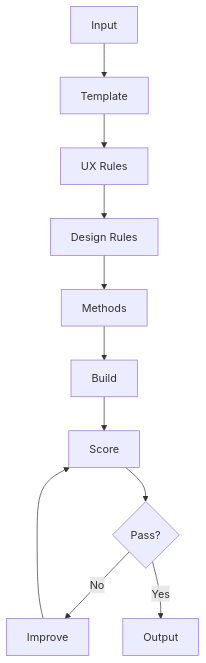
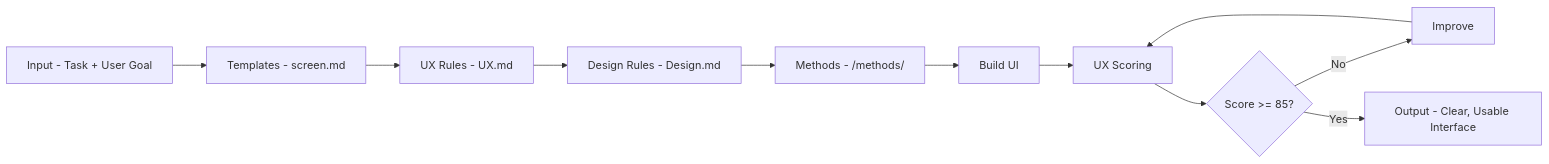
The diagram in README.md (layr-hq/layr), drawn with Mermaid before and after one commit.

````diff
--- a/README.md
+++ b/README.md
@@ -64,14 +66,13 @@
 ```mermaid
-flowchart TD
-    A[Input] --> B[Template]
-    B --> C[UX Rules]
-    C --> D[Design Rules]
-    D --> E[Methods]
-    E --> F[Build]
-    F --> G[Score]
-
-    G --> H{Pass?}
+flowchart LR
+    A[Input - Task + User Goal] --> B[Templates - screen.md]
+    B --> C[UX Rules - UX.md]
+    C --> D[Design Rules - Design.md]
+    D --> E[Methods - /methods/]
+    E --> F[Build UI]
+    F --> G[UX Scoring]
+    G --> H{Score >= 85?}
     H -- No --> I[Improve]
     I --> G
-    H -- Yes --> J[Output]
+    H -- Yes --> J[Output - Clear, Usable Interface]
 ```
````
